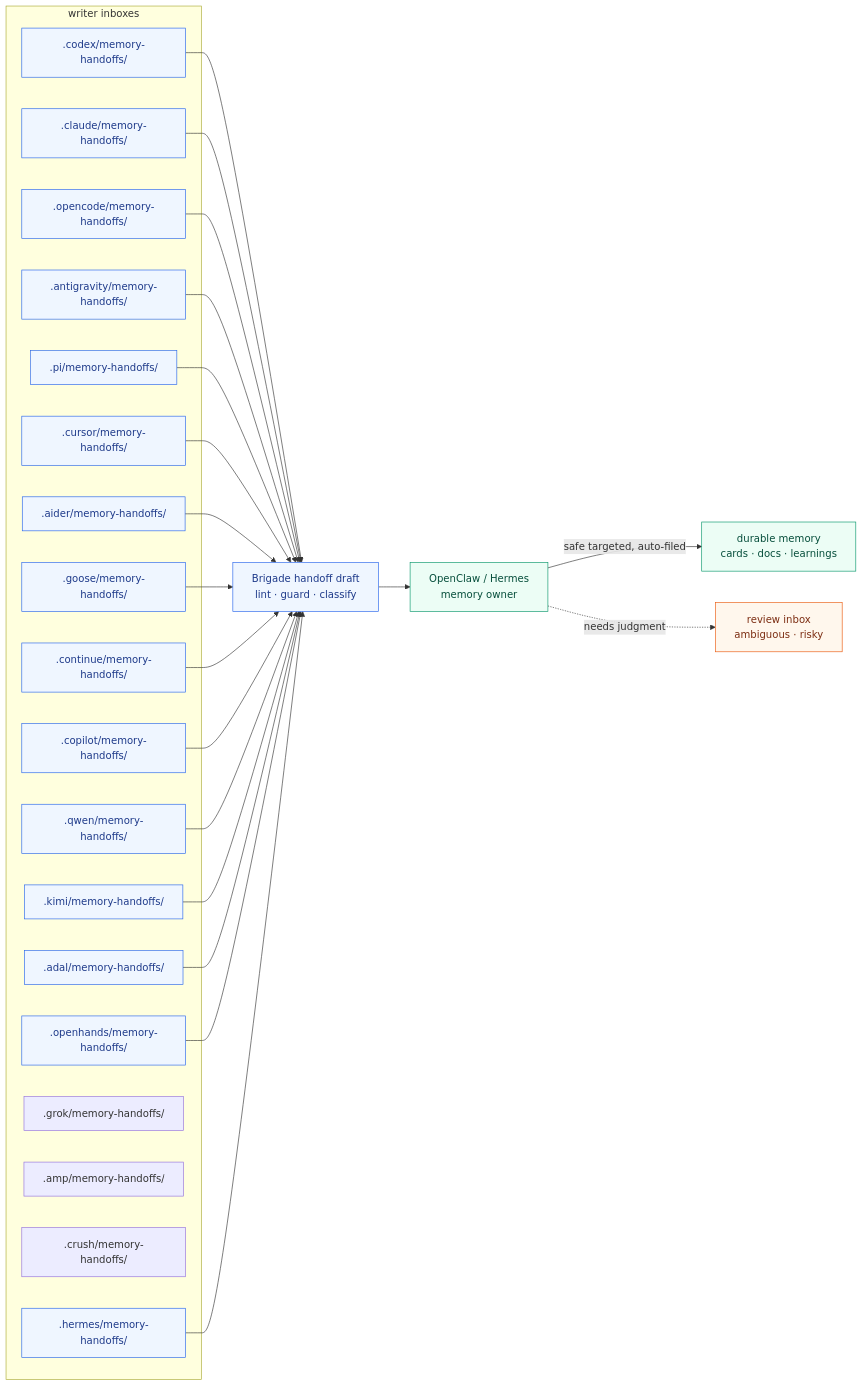
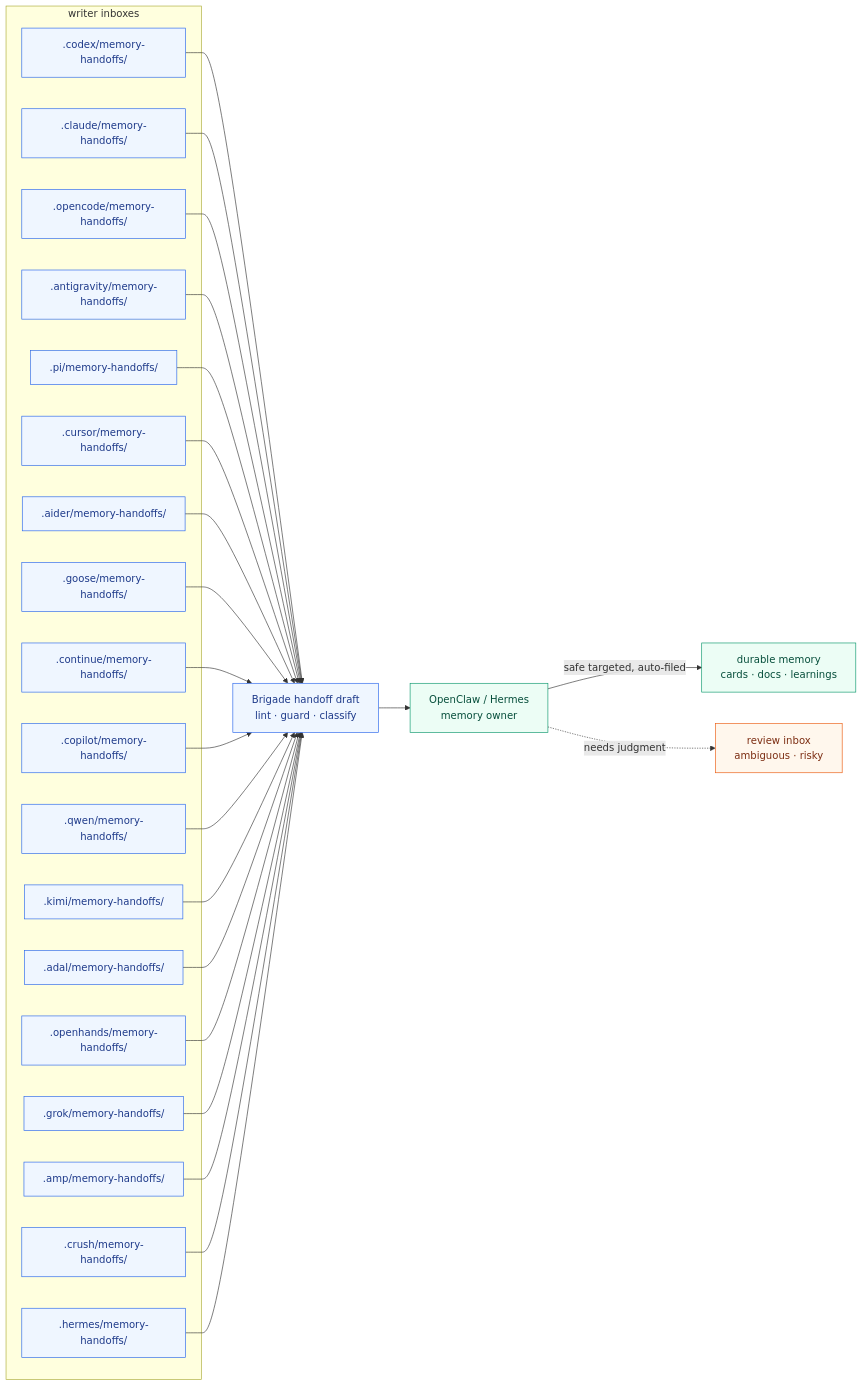
One commit to escoffier-labs/brigade changed the first of 12 diagrams in docs/overview.md. Above: the diagram before and after it, drawn with Mermaid. The commit also changed other lines of this file and 13 other files, not shown here.

````diff
--- a/docs/overview.md
+++ b/docs/overview.md
@@ -174,39 +176,39 @@
 ```mermaid
 flowchart LR
     subgraph WRITERS [" writer inboxes "]
         C[".codex/memory-handoffs/"]
         CL[".claude/memory-handoffs/"]
         O[".opencode/memory-handoffs/"]
         A[".antigravity/memory-handoffs/"]
         P[".pi/memory-handoffs/"]
         CU[".cursor/memory-handoffs/"]
         AI[".aider/memory-handoffs/"]
         G[".goose/memory-handoffs/"]
         CO[".continue/memory-handoffs/"]
         GH[".copilot/memory-handoffs/"]
         Q[".qwen/memory-handoffs/"]
         K[".kimi/memory-handoffs/"]
         AD[".adal/memory-handoffs/"]
         OH[".openhands/memory-handoffs/"]
         GR[".grok/memory-handoffs/"]
         AM[".amp/memory-handoffs/"]
         CR[".crush/memory-handoffs/"]
         H[".hermes/memory-handoffs/"]
     end
 
     DRAFT["Brigade handoff draft<br/>lint · guard · classify"]
     OWNER["OpenClaw / Hermes<br/>memory owner"]
     MEM["durable memory<br/>cards · docs · learnings"]
     INBOX["review inbox<br/>ambiguous · risky"]
 
-    C & CL & O & A & P & CU & AI & G & CO & GH & Q & K & AD & OH & H --> DRAFT --> OWNER
+    C & CL & O & A & P & CU & AI & G & CO & GH & Q & K & AD & OH & GR & AM & CR & H --> DRAFT --> OWNER
     OWNER -->|safe targeted, auto-filed| MEM
     OWNER -.->|needs judgment| INBOX
 
     classDef local fill:#eff6ff,stroke:#2563eb,color:#1e3a8a;
     classDef review fill:#fff7ed,stroke:#ea580c,color:#7c2d12;
     classDef memory fill:#ecfdf5,stroke:#059669,color:#064e3b;
-    class C,CL,O,A,P,CU,AI,G,CO,GH,Q,K,AD,OH,H,DRAFT local;
+    class C,CL,O,A,P,CU,AI,G,CO,GH,Q,K,AD,OH,GR,AM,CR,H,DRAFT local;
     class INBOX review;
     class OWNER,MEM memory;
 ```
````
